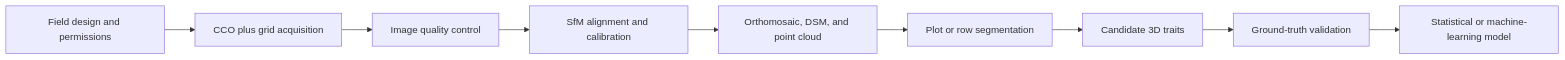
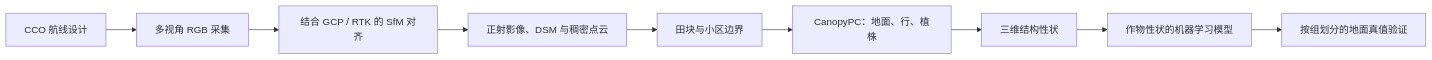
Before and after one commit to smiler488/smiler488.github.io: the diagram in i18n/zh-Hans/docusaurus-plugin-content-blog/2024-07-07-uav-3d-crop-phenotyping.md, drawn with Mermaid. The commit also changed other lines of this file and 38 other files, not shown here.

````diff
--- a/i18n/zh-Hans/docusaurus-plugin-content-blog/2024-07-07-uav-3d-crop-phenotyping.md
+++ b/i18n/zh-Hans/docusaurus-plugin-content-blog/2024-07-07-uav-3d-crop-phenotyping.md
@@ -20,11 +22,11 @@
 ```mermaid
 flowchart LR
-  A[Field design and permissions] --> B[CCO plus grid acquisition]
-  B --> C[Image quality control]
-  C --> D[SfM alignment and calibration]
-  D --> E[Orthomosaic, DSM, and point cloud]
-  E --> F[Plot or row segmentation]
-  F --> G[Candidate 3D traits]
-  G --> H[Ground-truth validation]
-  H --> I[Statistical or machine-learning model]
+  A[CCO 航线设计] --> B[多视角 RGB 采集]
+  B --> C[结合 GCP / RTK 的 SfM 对齐]
+  C --> D[正射影像、DSM 与稠密点云]
+  D --> E[田块与小区边界]
+  E --> F[CanopyPC：地面、行、植株]
+  F --> G[三维结构性状]
+  G --> H[作物性状的机器学习模型]
+  H --> I[按组划分的地面真值验证]
 ```
````
